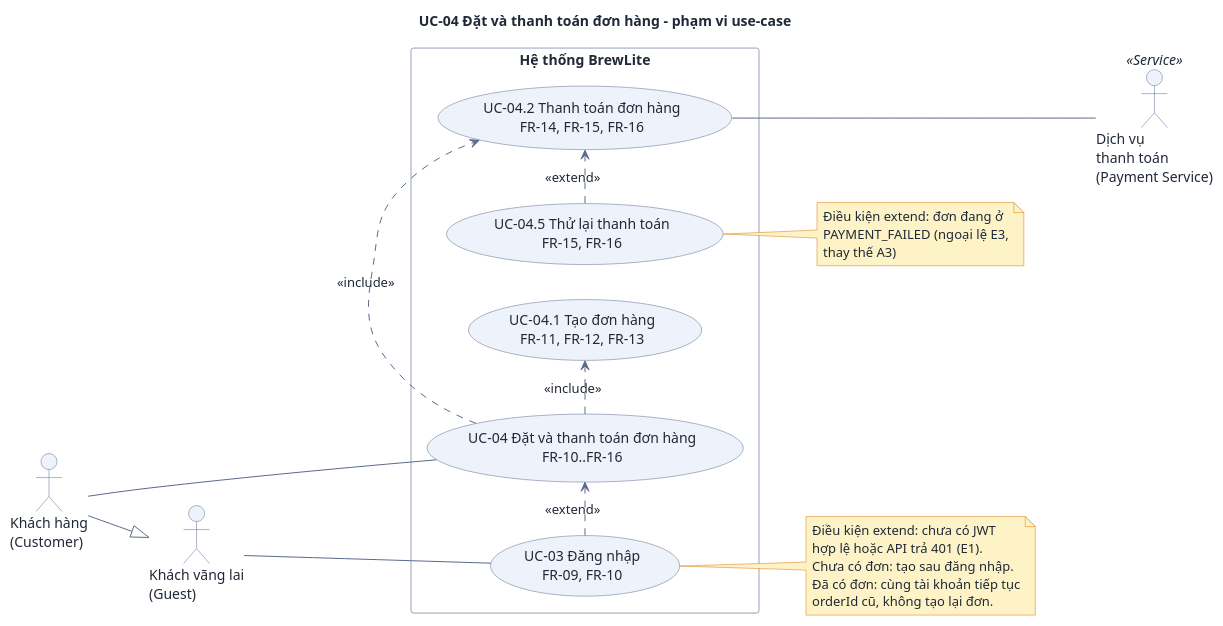
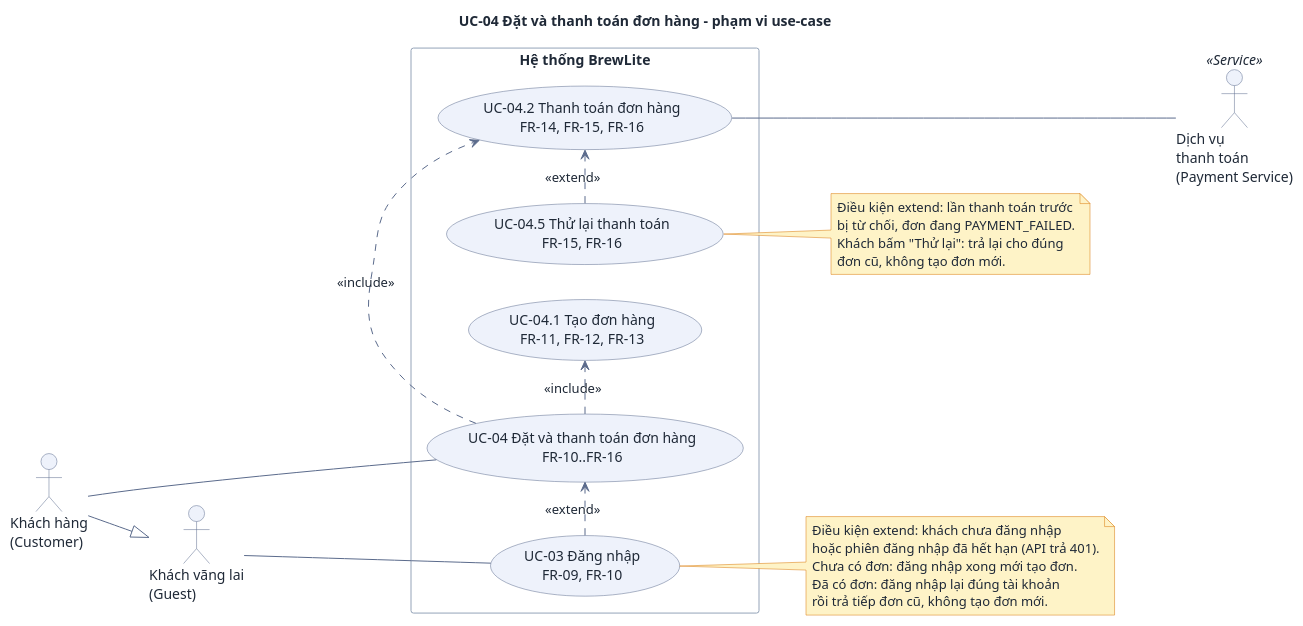
One commit to DuVinhLoi/BrewLite changed the diagram in docs/requirements/uc-checkout.puml. Above: the diagram before and after it, drawn with PlantUML. The commit also changed 1 other file, not shown here.

Commit message:
docs(requirements): reword UC-04 use-case notes without flow codes

```diff
--- a/docs/requirements/uc-checkout.puml
+++ b/docs/requirements/uc-checkout.puml
@@ -1,58 +1,59 @@
 @startuml uc-checkout
 ' BrewLite A2 - Use-case diagram cho UC-04 "Dat va thanh toan don hang" (de A2 3.3). Dac ta: docs/requirements/uc-checkout.md
 skinparam DefaultFontColor #1f2937
 skinparam ArrowColor #5b6b8c
 skinparam ArrowFontColor #1f2937
 skinparam RectangleBackgroundColor #ffffff
 skinparam RectangleBorderColor #94a3b8
 skinparam ActorBackgroundColor #eef2fb
 skinparam ActorBorderColor #5b6b8c
 skinparam UsecaseBackgroundColor #eef2fb
 skinparam UsecaseBorderColor #5b6b8c
 skinparam NoteBackgroundColor #fef3c7
 skinparam NoteBorderColor #d97706
 skinparam Shadowing false
 
 left to right direction
 
 title UC-04 Đặt và thanh toán đơn hàng - phạm vi use-case
 
 actor "Khách vãng lai\n(Guest)" as Guest
 actor "Khách hàng\n(Customer)" as Customer
 actor "Dịch vụ\nthanh toán\n(Payment Service)" as Pay <<Service>>
 
 Customer --|> Guest
 
 rectangle "Hệ thống BrewLite" {
   usecase "UC-04 Đặt và thanh toán đơn hàng\nFR-10..FR-16" as UC04
   usecase "UC-04.1 Tạo đơn hàng\nFR-11, FR-12, FR-13" as UC041
   usecase "UC-04.2 Thanh toán đơn hàng\nFR-14, FR-15, FR-16" as UC042
   usecase "UC-04.5 Thử lại thanh toán\nFR-15, FR-16" as UC045
   usecase "UC-03 Đăng nhập\nFR-09, FR-10" as UC03
 }
 
 Customer --- UC04
 Guest --- UC03
 
 UC04 .> UC041 : <<include>>
 UC04 .> UC042 : <<include>>
 UC045 .> UC042 : <<extend>>
 UC03 .> UC04 : <<extend>>
 
 UC042 --- Pay
 
 note right of UC03
-  Điều kiện extend: chưa có JWT
-  hợp lệ hoặc API trả 401 (E1).
-  Chưa có đơn: tạo sau đăng nhập.
-  Đã có đơn: cùng tài khoản tiếp tục
-  orderId cũ, không tạo lại đơn.
+  Điều kiện extend: khách chưa đăng nhập
+  hoặc phiên đăng nhập đã hết hạn (API trả 401).
+  Chưa có đơn: đăng nhập xong mới tạo đơn.
+  Đã có đơn: đăng nhập lại đúng tài khoản
+  rồi trả tiếp đơn cũ, không tạo đơn mới.
 end note
 
 note right of UC045
-  Điều kiện extend: đơn đang ở
-  PAYMENT_FAILED (ngoại lệ E3,
-  thay thế A3)
+  Điều kiện extend: lần thanh toán trước
+  bị từ chối, đơn đang PAYMENT_FAILED.
+  Khách bấm "Thử lại": trả lại cho đúng
+  đơn cũ, không tạo đơn mới.
 end note
 
 @enduml
```
